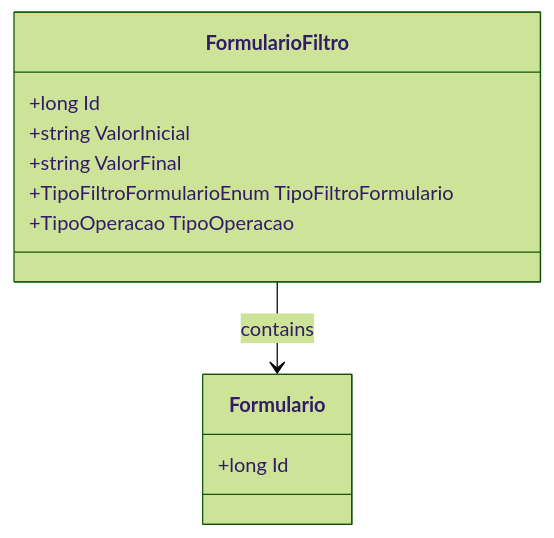
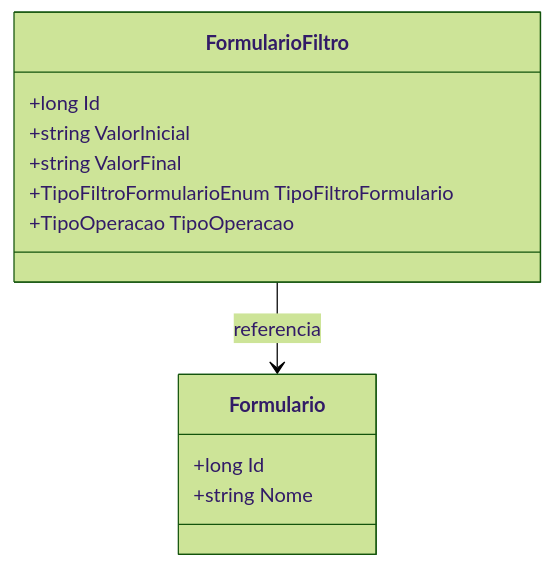
The diagram in docs/b2b-dominio/IsthmusWinthor.Nucleo/IsthmusWinthor.Dominio/Entidades/FormularioFiltro.md (IsthmusSistemas/documentacao-tecnica), drawn with Mermaid (forest theme) before and after one commit. The commit also changed other lines of this file and 882 other files, not shown here.

````diff
--- a/docs/b2b-dominio/IsthmusWinthor.Nucleo/IsthmusWinthor.Dominio/Entidades/FormularioFiltro.md
+++ b/docs/b2b-dominio/IsthmusWinthor.Nucleo/IsthmusWinthor.Dominio/Entidades/FormularioFiltro.md
@@ -22,16 +22,17 @@
 ```mermaid
 classDiagram
     class FormularioFiltro {
         +long Id
         +string ValorInicial
         +string ValorFinal
         +TipoFiltroFormularioEnum TipoFiltroFormulario
         +TipoOperacao TipoOperacao
     }
 
     class Formulario {
         +long Id
+        +string Nome
     }
 
-    FormularioFiltro --> Formulario : contains
+    FormularioFiltro --> Formulario : referencia
 ```
````
